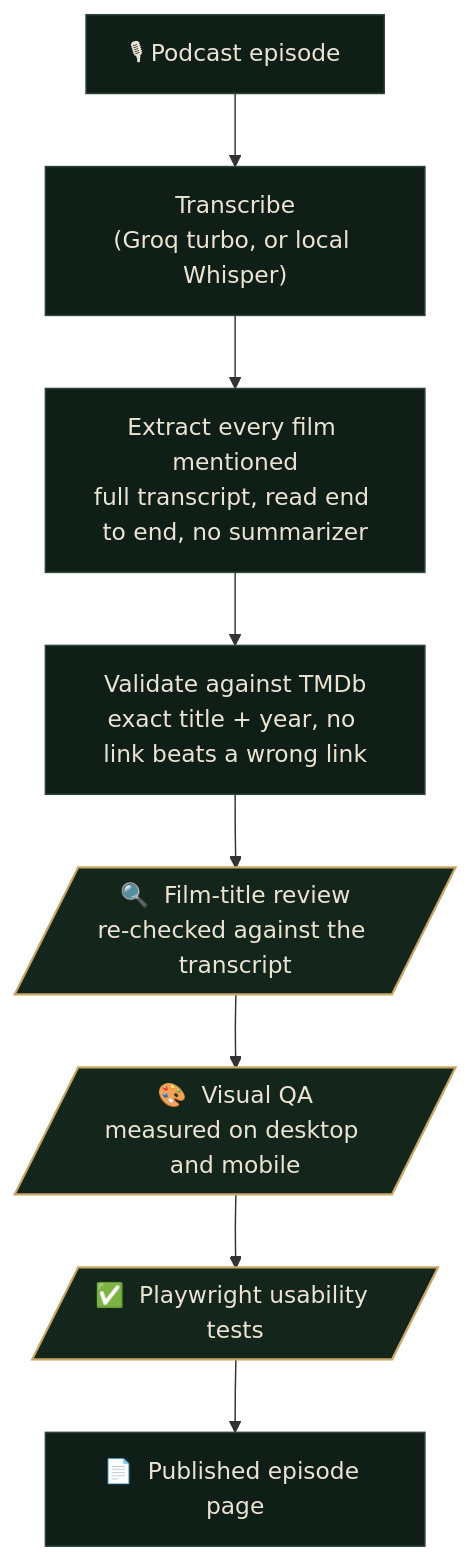
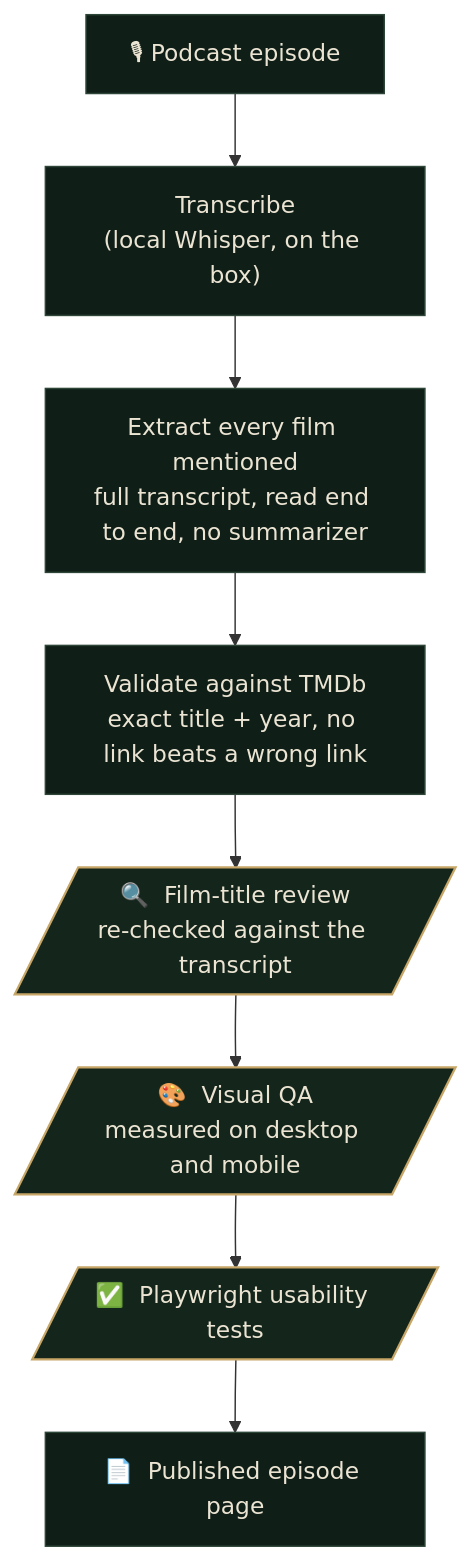
The diagram in README.md (kdorepos/the-full-picture), drawn with Mermaid before and after one commit. The commit also changed other lines of this file and 3 other files, not shown here.

First line of the commit message:
Remove Groq entirely; local faster-whisper is the only engine

````diff
--- a/README.md
+++ b/README.md
@@ -11,14 +11,14 @@
 ```mermaid
 flowchart TD
-    A["🎙  Podcast episode"] --> B["Transcribe<br/>(Groq turbo, or local Whisper)"]
+    A["🎙  Podcast episode"] --> B["Transcribe<br/>(local Whisper, on the box)"]
     B --> C["Extract every film mentioned<br/>full transcript, read end to end, no summarizer"]
     C --> D["Validate against TMDb<br/>exact title + year, no link beats a wrong link"]
     D --> E[/"🔍  Film-title review<br/>re-checked against the transcript"/]
     E --> F[/"🎨  Visual QA<br/>measured on desktop and mobile"/]
     F --> G[/"✅  Playwright usability tests"/]
     G --> H["📄  Published episode page"]
     classDef step fill:#0f1f18,stroke:#2e4638,color:#ece4d3;
     classDef gate fill:#14261c,stroke:#c7a667,stroke-width:1.5px,color:#ece4d3;
     class A,B,C,D,H step;
     class E,F,G gate;
 ```
````
